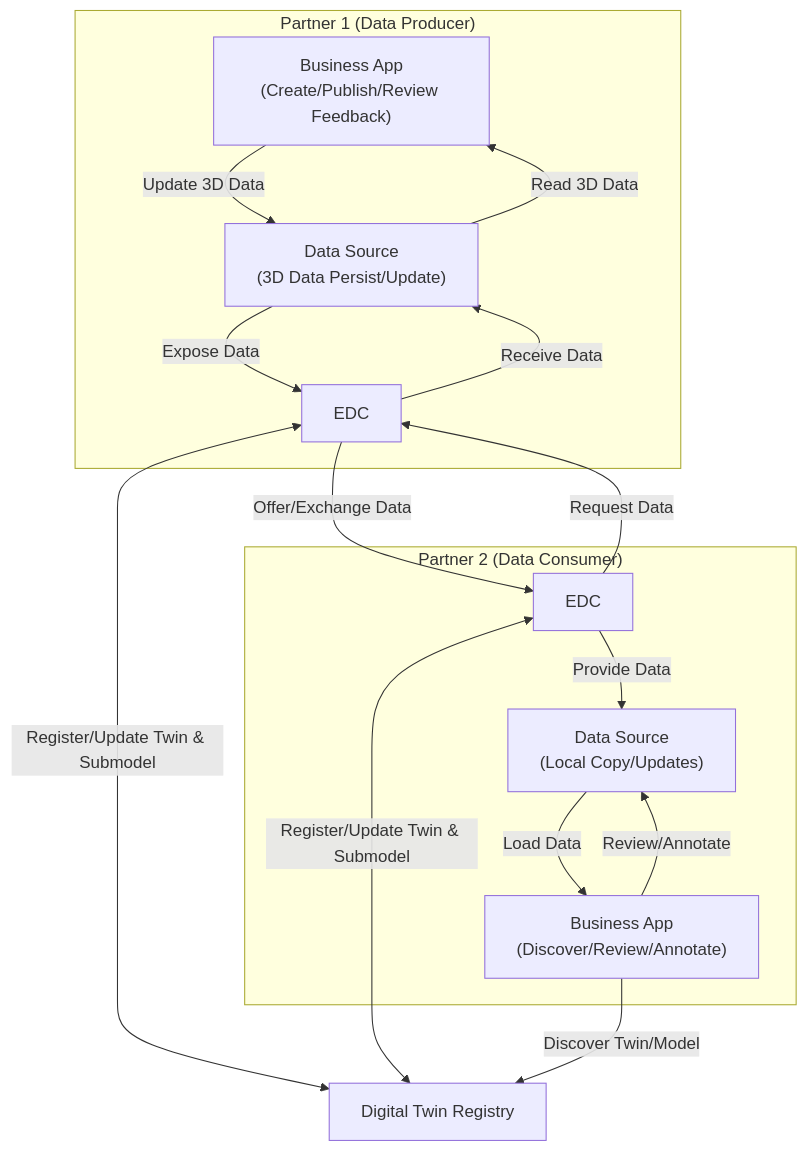
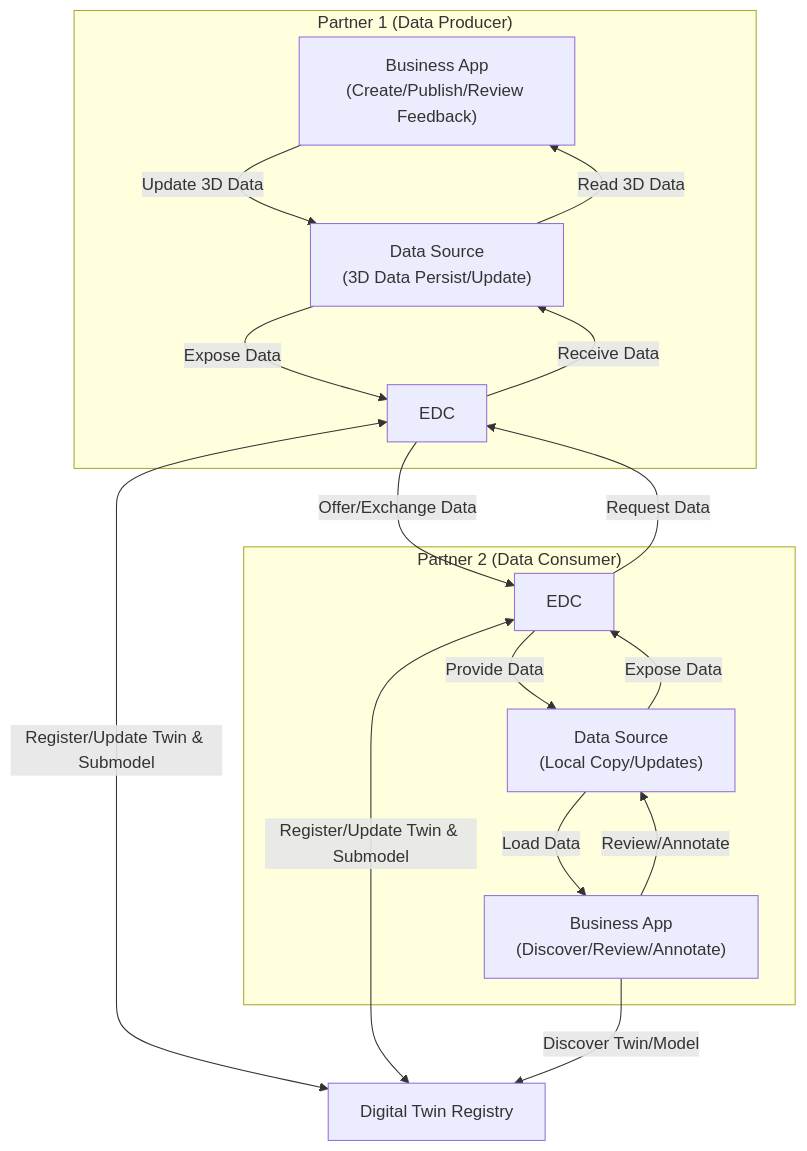
The second of 3 diagrams in docs-kits/kits/geometry-kit/adoption-view.md (MartinEnders/eclipse-tractusx.github.io), drawn with Mermaid before and after one commit. The commit also changed other lines of this file, not shown here.

Commit message:
updated: example diagram and description

````diff
--- a/docs-kits/kits/geometry-kit/adoption-view.md
+++ b/docs-kits/kits/geometry-kit/adoption-view.md
@@ -185,38 +185,39 @@
 ```mermaid
 flowchart TB
     subgraph Partner1["Partner 1 (Data Producer)"]
         P1APP["Business App<br/>(Create/Publish/Review Feedback)"]
 		P1DS["Data Source<br/>(3D Data Persist/Update)"]
         P1EDC["EDC"]
         
     end
 
 	DTR["Digital Twin Registry"]
 
     subgraph Partner2["Partner 2 (Data Consumer)"]
         P2APP["Business App<br/>(Discover/Review/Annotate)"]
 		P2DS["Data Source<br/>(Local Copy/Updates)"]
         P2EDC["EDC"]
         
     end
 
     
 
     %% Data Producer Flows
     P1APP -- "Update 3D Data" --> P1DS
 	P1DS -- "Read 3D Data" --> P1APP
     P1EDC <-- "Register/Update Twin & Submodel" --> DTR
 	P2EDC <-- "Register/Update Twin & Submodel" --> DTR
     P1DS -- "Expose Data" --> P1EDC
 	P1EDC -- "Receive Data" --> P1DS
     P1EDC -- "Offer/Exchange Data" --> P2EDC
 
     %% Data Consumer Flows
     P2EDC -- "Request Data" --> P1EDC
     P2EDC -- "Provide Data" --> P2DS
+    P2DS -- "Expose Data" --> P2EDC
     P2DS -- "Load Data" --> P2APP
     P2APP -- "Review/Annotate" --> P2DS
 
     %% Discovery
     P2APP -- "Discover Twin/Model" --> DTR
 ```
````
